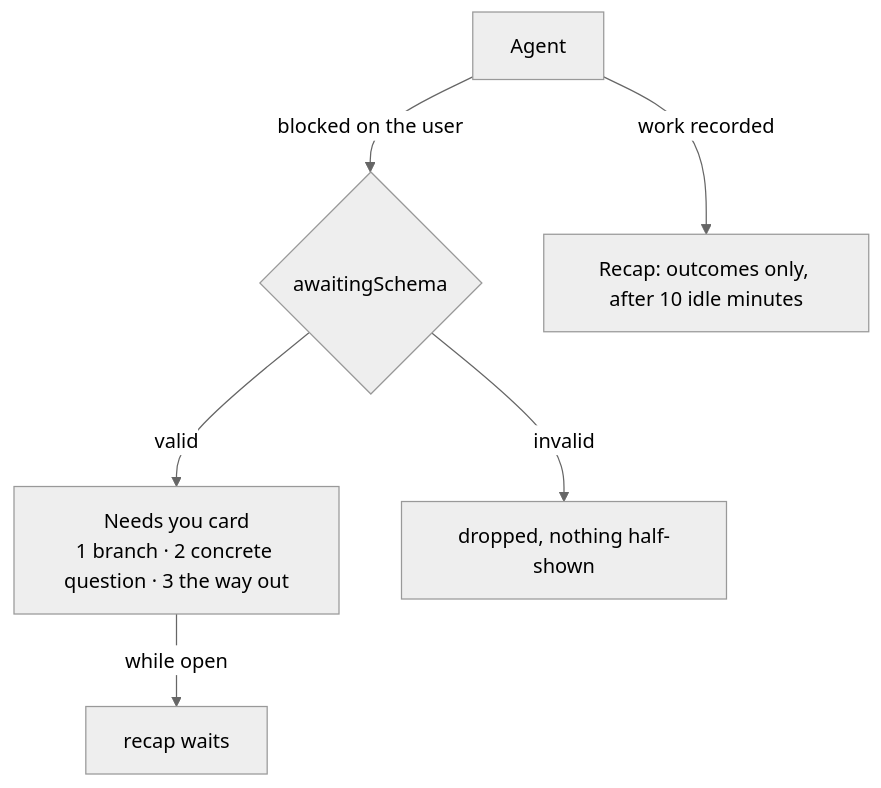
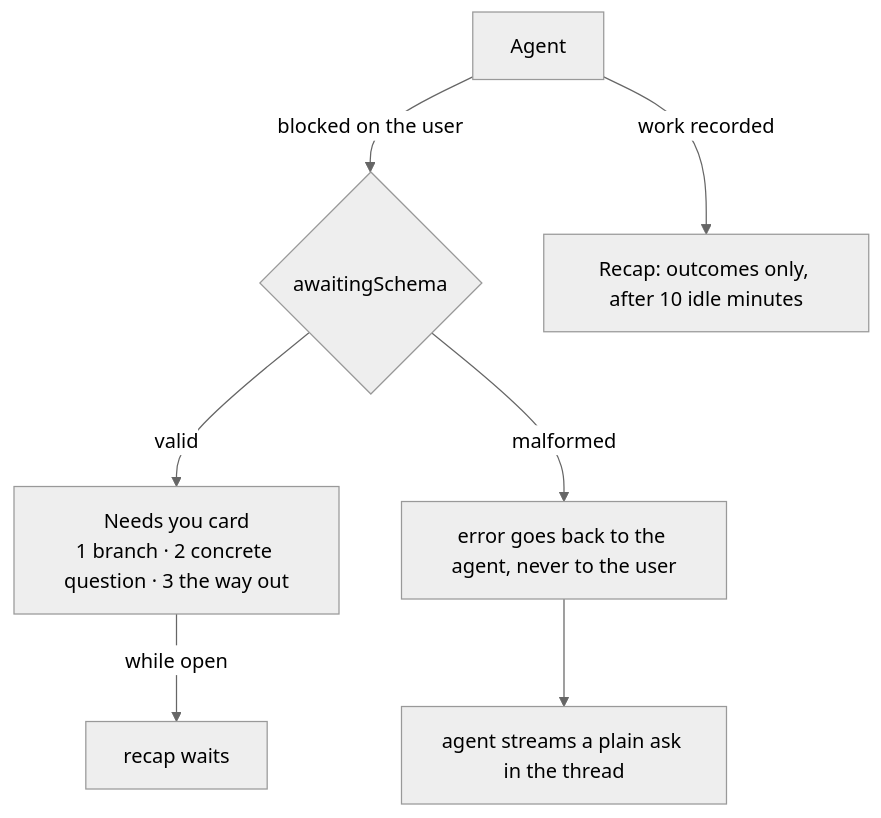
Before and after one commit to mite404/yaklabs: the fifth of 5 diagrams in docs/FOR_ETHAN.md, drawn with Mermaid (neutral theme). The commit also changed other lines of this file and 1 other file, not shown here.

First line of the commit message:
docs: record that malformed questions go back to the agent (ADR-040)

````diff
--- a/docs/FOR_ETHAN.md
+++ b/docs/FOR_ETHAN.md
@@ -255,8 +257,9 @@
 ```mermaid
 flowchart TD
   A[Agent] -->|blocked on the user| Q{awaitingSchema}
   Q -->|valid| N["Needs you card<br/>1 branch · 2 concrete question · 3 the way out"]
-  Q -->|invalid| X[dropped, nothing half-shown]
+  Q -->|malformed| E[error goes back to the agent, never to the user]
+  E --> S[agent streams a plain ask in the thread]
   A -->|work recorded| R[Recap: outcomes only, after 10 idle minutes]
   N -->|while open| H[recap waits]
 ```
````
